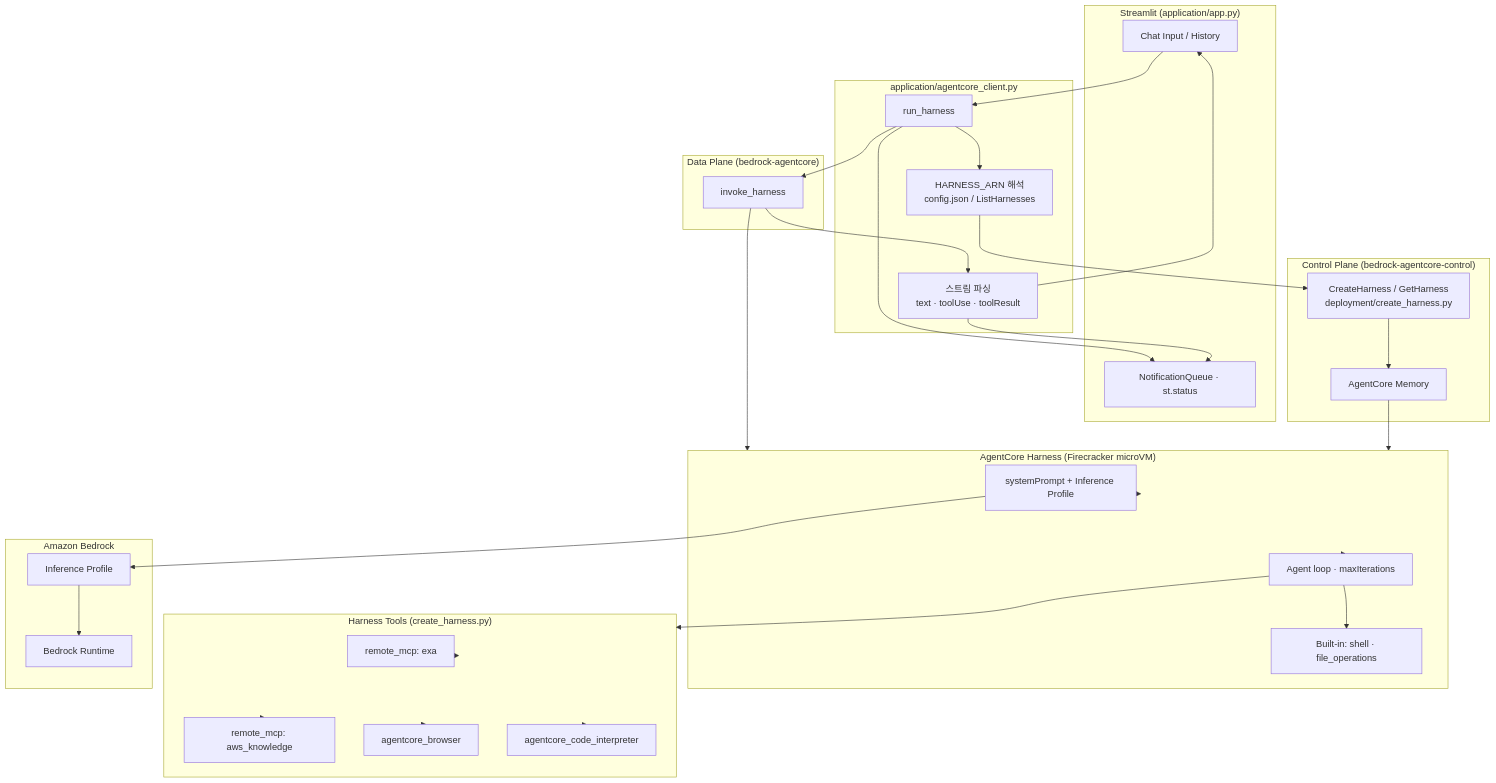
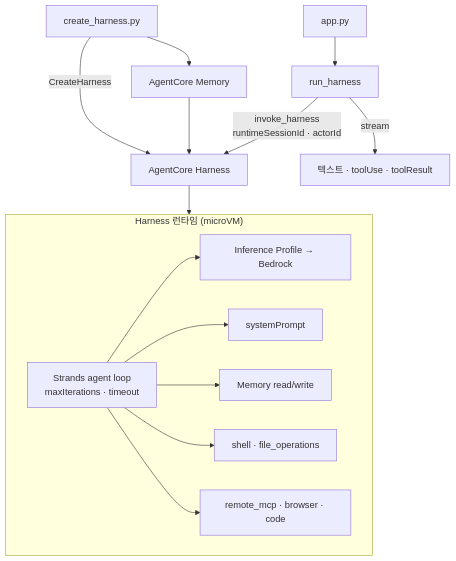
The diagram in README.md (kyopark2014/agentcore-harness), drawn with Mermaid before and after one commit. The commit also changed other lines of this file, not shown here.

````diff
--- a/README.md
+++ b/README.md
@@ -21,61 +21,26 @@
 ```mermaid
 flowchart TB
-  subgraph UI["Streamlit (application/app.py)"]
-    Chat[Chat Input / History]
-    NQ[NotificationQueue · st.status]
+  CH[create_harness.py] -->|CreateHarness| H[AgentCore Harness]
+  CH --> Mem[AgentCore Memory]
+  Mem --> H
+
+  App[app.py] --> RH[run_harness]
+  RH -->|invoke_harness<br/>runtimeSessionId · actorId| H
+
+  subgraph Harness["Harness 런타임 (microVM)"]
+    Loop[Strands agent loop<br/>maxIterations · timeout]
+    Model[Inference Profile → Bedrock]
+    SP[systemPrompt]
+    MemUse[Memory read/write]
+    BuiltIn[shell · file_operations]
+    Remote[remote_mcp · browser · code]
+    Loop --> Model
+    Loop --> SP
+    Loop --> MemUse
+    Loop --> BuiltIn
+    Loop --> Remote
   end
 
-  subgraph Client["application/agentcore_client.py"]
-    RH[run_harness]
-    Resolve[HARNESS_ARN 해석<br/>config.json / ListHarnesses]
-    Parse[스트림 파싱<br/>text · toolUse · toolResult]
-  end
-
-  subgraph Control["Control Plane (bedrock-agentcore-control)"]
-    CH[CreateHarness / GetHarness<br/>deployment/create_harness.py]
-    Mem[AgentCore Memory]
-  end
-
-  subgraph DataPlane["Data Plane (bedrock-agentcore)"]
-    IH[invoke_harness]
-  end
-
-  subgraph Harness["AgentCore Harness (Firecracker microVM)"]
-    SP[systemPrompt + Inference Profile]
-    Loop[Agent loop · maxIterations]
-    BuiltIn["Built-in: shell · file_operations"]
-  end
-
-  subgraph Tools["Harness Tools (create_harness.py)"]
-    Exa[remote_mcp: exa]
-    AWS[remote_mcp: aws_knowledge]
-    Browser[agentcore_browser]
-    Code[agentcore_code_interpreter]
-  end
-
-  subgraph Bedrock["Amazon Bedrock"]
-    IP[Inference Profile]
-    BR[Bedrock Runtime]
-  end
-
-  Chat --> RH
-  RH --> NQ
-  RH --> Resolve
-  Resolve --> CH
-  RH --> IH
-  IH --> Harness
-  Harness --> SP
-  SP --> IP --> BR
-  Harness --> Loop
-  Loop --> BuiltIn
-  Loop --> Tools
-  Tools --> Exa
-  Tools --> AWS
-  Tools --> Browser
-  Tools --> Code
-  CH --> Mem
-  Mem --> Harness
-  IH --> Parse
-  Parse --> NQ
-  Parse --> Chat
+  H --> Harness
+  RH -->|stream| UI[텍스트 · toolUse · toolResult]
 ```
````
